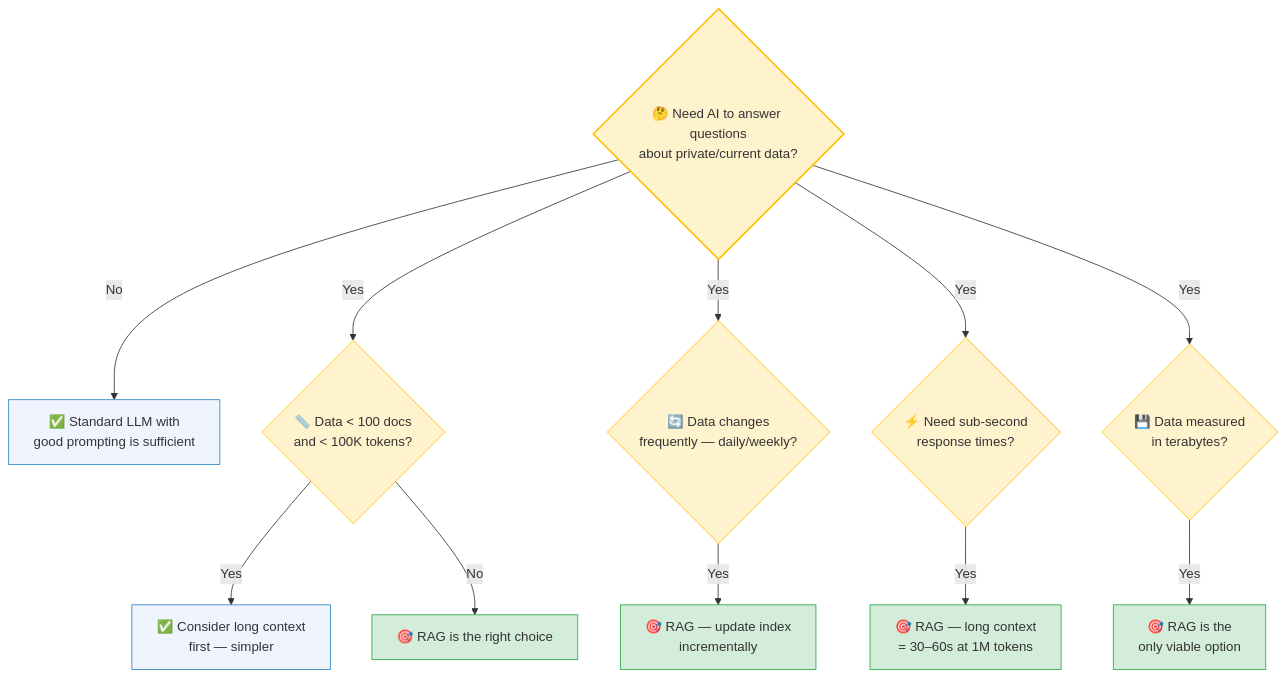
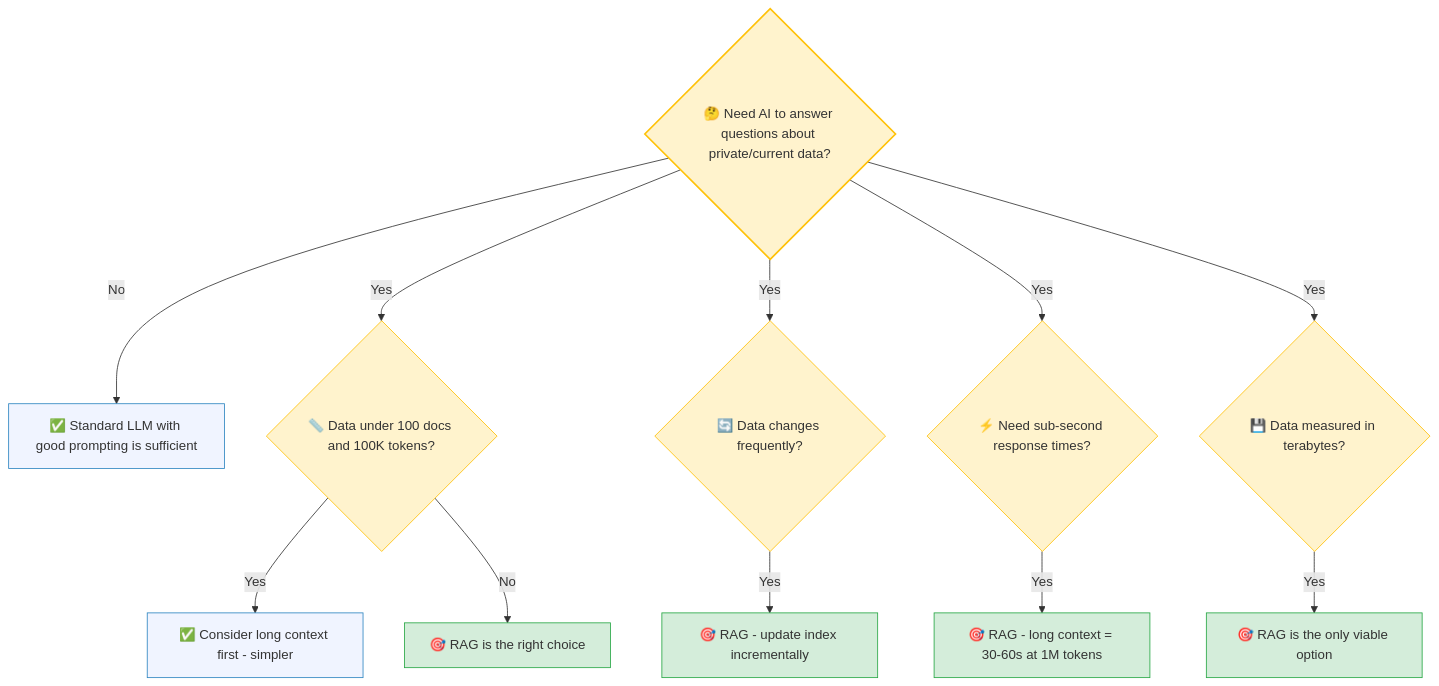
One commit to ithinktavo/GenAI-Engineering-Handbook changed the tenth of 10 diagrams in docs/04-rag-deep-dive.md. Above: the diagram before and after it, drawn with Mermaid. The commit also changed other lines of this file and 9 other files, not shown here.

First line of the commit message:
Fix Mermaid rendering: remove emoji from subgraph titles and unsupported syntax

````diff
--- a/docs/04-rag-deep-dive.md
+++ b/docs/04-rag-deep-dive.md
@@ -437,30 +437,30 @@
 ```mermaid
 graph TD
-    Q1{"🤔 Need AI to answer questions\nabout private/current data?"}
-    Q1 -->|No| A1["✅ Standard LLM with\ngood prompting is sufficient"]
-    Q1 -->|Yes| Q2{"📏 Data < 100 docs\nand < 100K tokens?"}
+    Q1{"🤔 Need AI to answer questions about private/current data?"}
+    Q1 -->|No| A1["✅ Standard LLM with good prompting is sufficient"]
+    Q1 -->|Yes| Q2{"📏 Data under 100 docs and 100K tokens?"}
 
-    Q2 -->|Yes| A2["✅ Consider long context\nfirst — simpler"]
+    Q2 -->|Yes| A2["✅ Consider long context first - simpler"]
     Q2 -->|No| A3["🎯 RAG is the right choice"]
 
-    Q1 -->|Yes| Q3{"🔄 Data changes\nfrequently — daily/weekly?"}
-    Q3 -->|Yes| A4["🎯 RAG — update index\nincrementally"]
+    Q1 -->|Yes| Q3{"🔄 Data changes frequently?"}
+    Q3 -->|Yes| A4["🎯 RAG - update index incrementally"]
 
-    Q1 -->|Yes| Q4{"⚡ Need sub-second\nresponse times?"}
-    Q4 -->|Yes| A5["🎯 RAG — long context\n= 30–60s at 1M tokens"]
+    Q1 -->|Yes| Q4{"⚡ Need sub-second response times?"}
+    Q4 -->|Yes| A5["🎯 RAG - long context = 30-60s at 1M tokens"]
 
-    Q1 -->|Yes| Q5{"💾 Data measured\nin terabytes?"}
-    Q5 -->|Yes| A6["🎯 RAG is the\nonly viable option"]
+    Q1 -->|Yes| Q5{"💾 Data measured in terabytes?"}
+    Q5 -->|Yes| A6["🎯 RAG is the only viable option"]
 
     style Q1 fill:#fff3cd,stroke:#ffc107,stroke-width:2px
     style Q2 fill:#fff3cd,stroke:#ffc107
     style Q3 fill:#fff3cd,stroke:#ffc107
     style Q4 fill:#fff3cd,stroke:#ffc107
     style Q5 fill:#fff3cd,stroke:#ffc107
     style A1 fill:#f0f4ff,stroke:#2E86C1
     style A2 fill:#f0f4ff,stroke:#2E86C1
     style A3 fill:#d4edda,stroke:#28a745
     style A4 fill:#d4edda,stroke:#28a745
     style A5 fill:#d4edda,stroke:#28a745
     style A6 fill:#d4edda,stroke:#28a745
 ```
````
